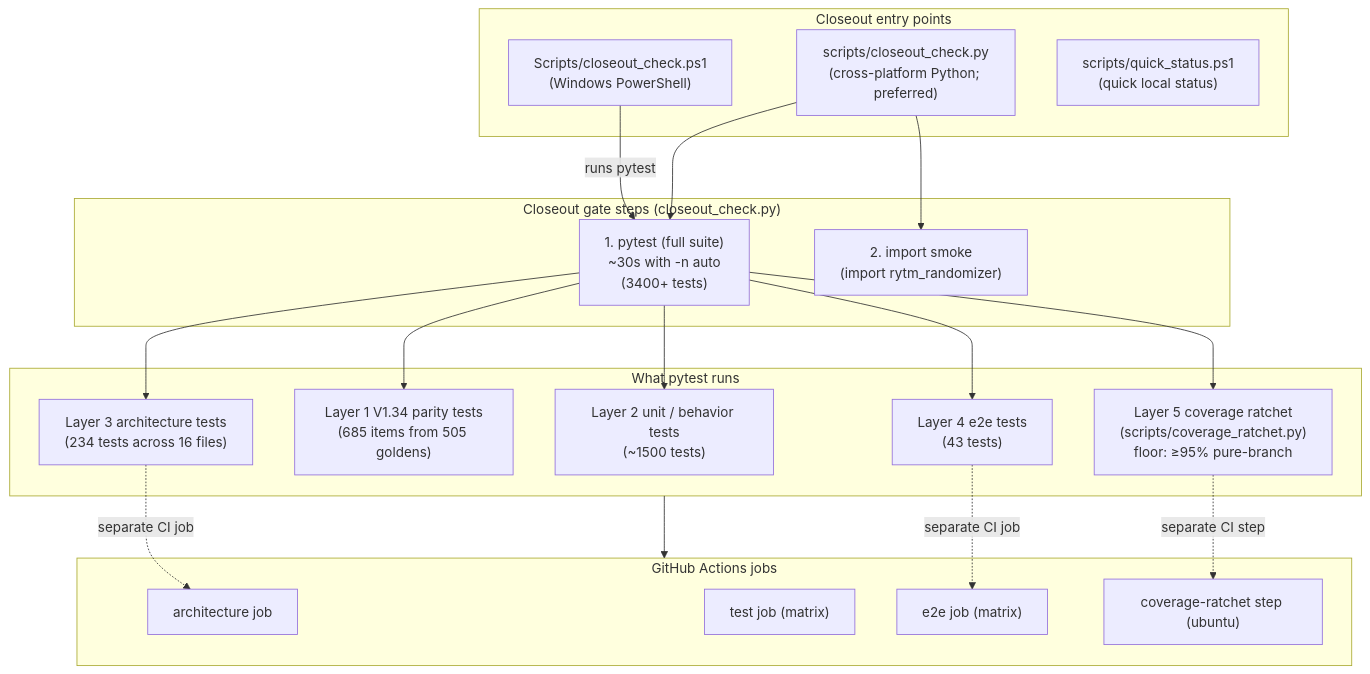
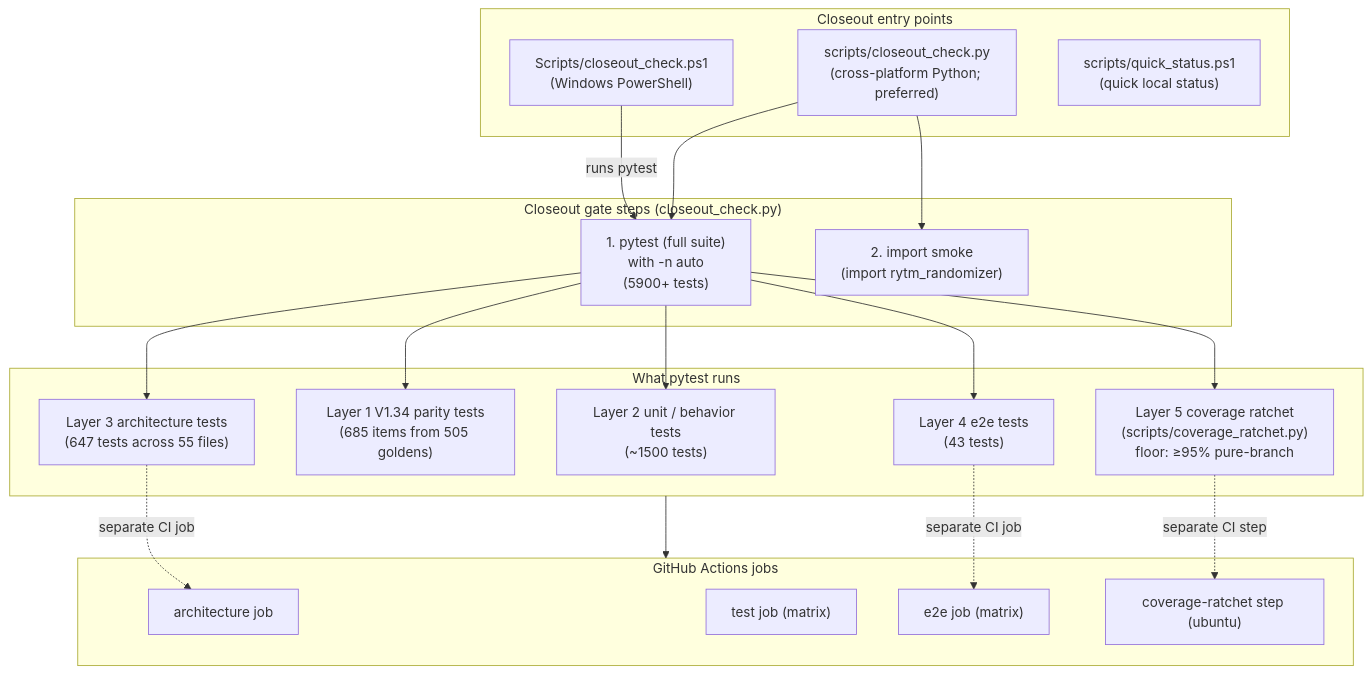
One commit to buzzijose-hub/RytmRandomizer changed diagram 24 of 34 in docs/ARCHITECTURE_DIAGRAMS.md. Above: the diagram before and after it, drawn with Mermaid. The commit also changed other lines of this file and 40 other files, not shown here.

````diff
--- a/docs/ARCHITECTURE_DIAGRAMS.md
+++ b/docs/ARCHITECTURE_DIAGRAMS.md
@@ -1633,43 +1670,43 @@
 ```mermaid
 flowchart TB
     subgraph Entry["Closeout entry points"]
         CloseoutPS1["Scripts/closeout_check.ps1<br/>(Windows PowerShell)"]
         CloseoutPy["scripts/closeout_check.py<br/>(cross-platform Python; preferred)"]
         QuickStatus["scripts/quick_status.ps1<br/>(quick local status)"]
     end
 
     subgraph GateSteps["Closeout gate steps (closeout_check.py)"]
-        Step1["1. pytest (full suite)<br/>~30s with -n auto<br/>(3400+ tests)"]
+        Step1["1. pytest (full suite)<br/>with -n auto<br/>(5900+ tests)"]
         Step2["2. import smoke<br/>(import rytm_randomizer)"]
     end
 
     subgraph PytestLayers["What pytest runs"]
         PassiveTests["Layer 2 unit / behavior tests<br/>(~1500 tests)"]
         ParityTests["Layer 1 V1.34 parity tests<br/>(685 items from 505 goldens)"]
-        ArchTests["Layer 3 architecture tests<br/>(234 tests across 16 files)"]
+        ArchTests["Layer 3 architecture tests<br/>(647 tests across 55 files)"]
         E2ETests["Layer 4 e2e tests<br/>(43 tests)"]
         CovStep["Layer 5 coverage ratchet<br/>(scripts/coverage_ratchet.py)<br/>floor: ≥95% pure-branch"]
     end
 
     subgraph CIJobs["GitHub Actions jobs"]
         CIArch["architecture job"]
         CITest["test job (matrix)"]
         CIE2E["e2e job (matrix)"]
         CIRatchet["coverage-ratchet step (ubuntu)"]
     end
 
     CloseoutPS1 -->|"runs pytest"| Step1
     CloseoutPy --> Step1
     CloseoutPy --> Step2
 
     Step1 --> PassiveTests
     Step1 --> ParityTests
     Step1 --> ArchTests
     Step1 --> E2ETests
     Step1 --> CovStep
 
     PytestLayers --> CIJobs
     ArchTests -.->|"separate CI job"| CIArch
     E2ETests -.->|"separate CI job"| CIE2E
     CovStep -.->|"separate CI step"| CIRatchet
 ```
````
